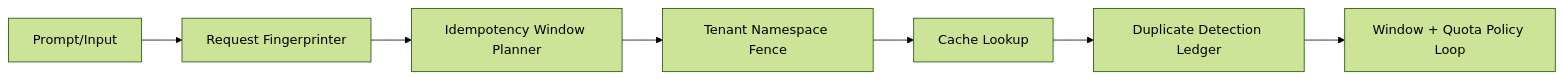
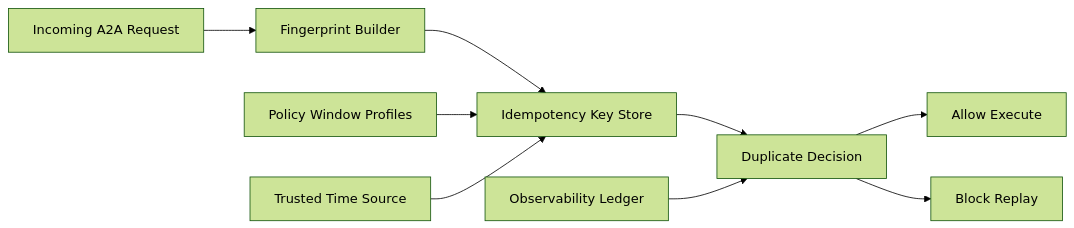
One commit to turbo998/ai-infra-lab changed the diagram in workshops/azure-agent-infra/agent-a2a-idempotency-window-selection-faq.en.md. Above: the diagram before and after it, drawn with Mermaid (forest theme). The commit also changed other lines of this file and 3509 other files, not shown here.

````diff
--- a/workshops/azure-agent-infra/agent-a2a-idempotency-window-selection-faq.en.md
+++ b/workshops/azure-agent-infra/agent-a2a-idempotency-window-selection-faq.en.md
@@ -22,9 +26,11 @@
 ```mermaid
 flowchart LR
-  I[Prompt/Input] --> N[Request Fingerprinter]
-  N --> K[Idempotency Window Planner]
-  K --> T[Tenant Namespace Fence]
-  T --> C[Cache Lookup]
-  C --> M[Duplicate Detection Ledger]
-  M --> P[Window + Quota Policy Loop]
+  I[Incoming A2A Request] --> F[Fingerprint Builder]
+  F --> K[Idempotency Key Store]
+  P[Policy Window Profiles] --> K
+  K --> D[Duplicate Decision]
+  D --> A[Allow Execute]
+  D --> B[Block Replay]
+  T[Trusted Time Source] --> K
+  O[Observability Ledger] --> D
 ```
````
